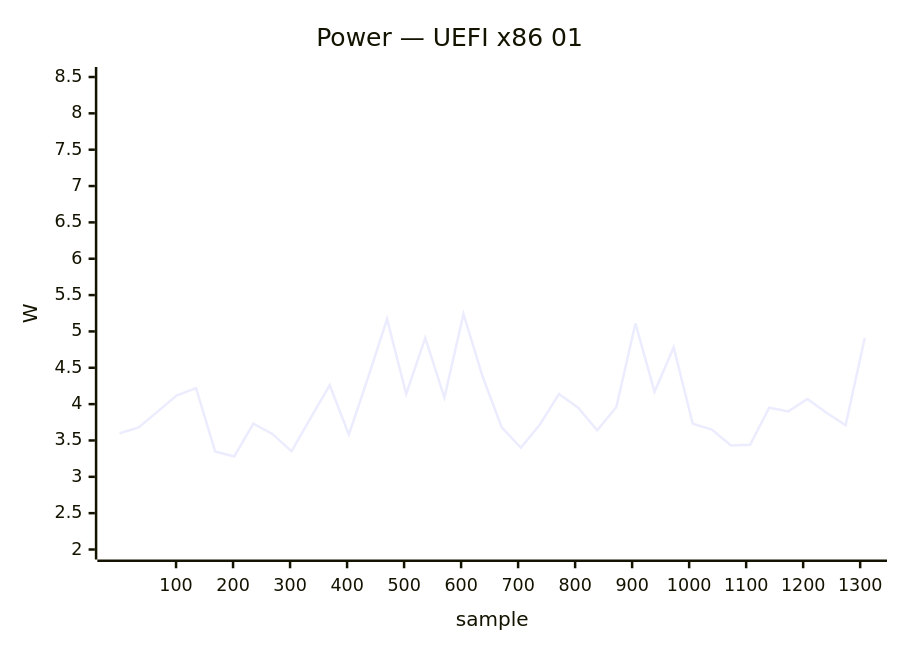
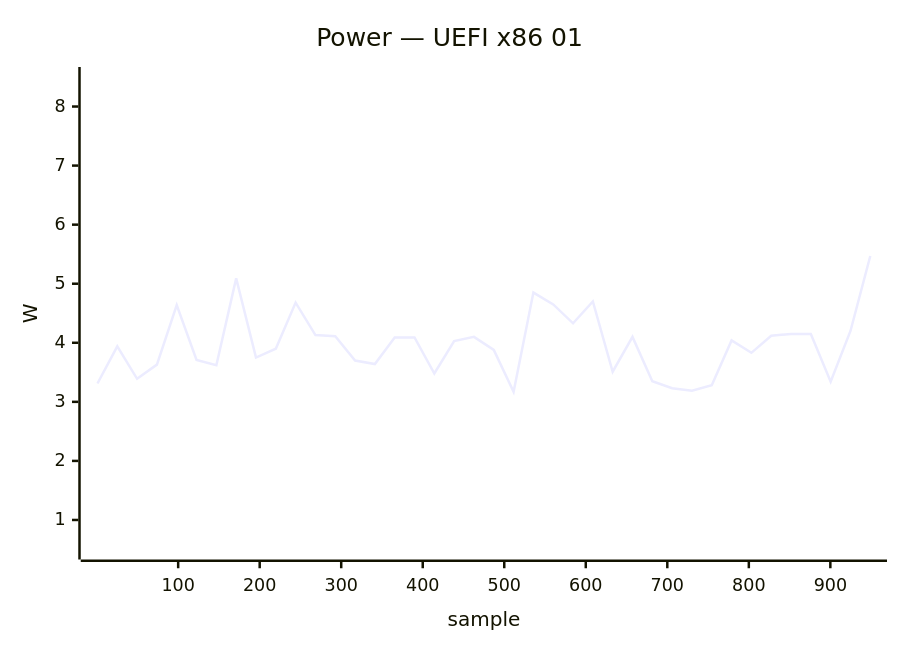
Diagram 40 of 41 in docs/status/board-tests.md (armbian/documentation), drawn with Mermaid before and after one commit. The commit also changed other lines of this file, not shown here.

````diff
--- a/docs/status/board-tests.md
+++ b/docs/status/board-tests.md
@@ -1802,7 +1762,7 @@
 ```mermaid
 xychart-beta
     title "Power — UEFI x86 01"
-    x-axis "sample" 1 --> 1308
-    y-axis "W" 2.0 --> 8.5
-    line [3.60, 3.68, 3.90, 4.12, 4.22, 3.35, 3.28, 3.73, 3.59, 3.35, 3.81, 4.26, 3.58, 4.36, 5.17, 4.14, 4.91, 4.09, 5.24, 4.38, 3.68, 3.40, 3.72, 4.14, 3.95, 3.64, 3.96, 5.11, 4.17, 4.78, 3.73, 3.65, 3.43, 3.44, 3.95, 3.90, 4.07, 3.88, 3.71, 4.91]
+    x-axis "sample" 1 --> 949
+    y-axis "W" 0.5 --> 8.5
+    line [3.31, 3.94, 3.39, 3.63, 4.64, 3.71, 3.62, 5.09, 3.75, 3.90, 4.68, 4.13, 4.11, 3.70, 3.64, 4.09, 4.09, 3.48, 4.03, 4.10, 3.88, 3.17, 4.85, 4.65, 4.33, 4.70, 3.51, 4.10, 3.35, 3.23, 3.19, 3.28, 4.04, 3.83, 4.12, 4.15, 4.15, 3.34, 4.20, 5.47]
 ```
````
